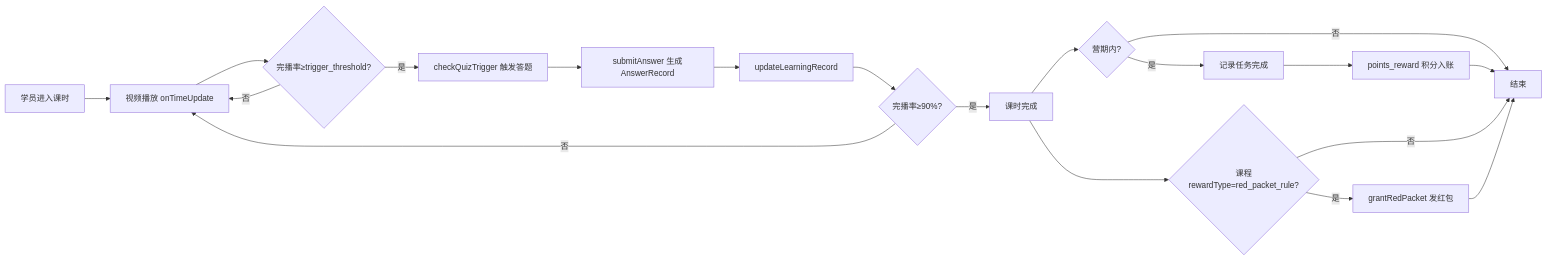
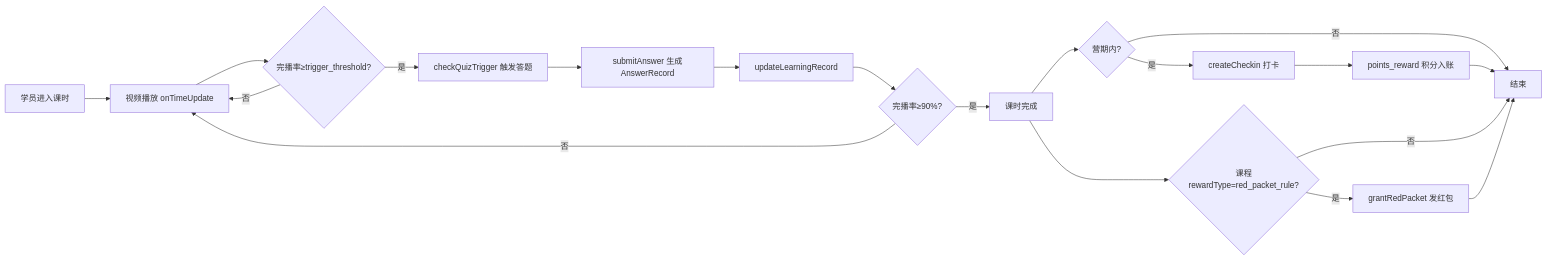
One commit to eltonliz/saas-audit-prototype changed the fifth of 10 diagrams in docs/01-requirements/18-课程与营期域-PRD-v1.4.0.md. Above: the diagram before and after it, drawn with Mermaid. The commit also changed other lines of this file and 11 other files, not shown here.

Commit message:
feat(app): 竖屏课程样式（orientation自动判定+播放器9:16+详情头图3:4+列表角标）+PRD BR-COURSE-014+需求面板

````diff
--- a/docs/01-requirements/18-课程与营期域-PRD-v1.4.0.md
+++ b/docs/01-requirements/18-课程与营期域-PRD-v1.4.0.md
@@ -276,21 +274,21 @@
 ```mermaid
 flowchart LR
     A[学员进入课时] --> B[视频播放 onTimeUpdate]
     B --> C{完播率≥trigger_threshold?}
     C -->|是| D[checkQuizTrigger 触发答题]
     C -->|否| B
     D --> E[submitAnswer 生成AnswerRecord]
     E --> F[updateLearningRecord]
     F --> G{完播率≥90%?}
     G -->|是| H[课时完成]
     G -->|否| B
     H --> I{营期内?}
-    I -->|是| J[记录任务完成]
+    I -->|是| J[createCheckin 打卡]
     J --> K[points_reward 积分入账]
     I -->|否| L[结束]
     K --> L
     H --> M{课程rewardType=red_packet_rule?}
     M -->|是| N[grantRedPacket 发红包]
     M -->|否| L
     N --> L
 ```
````
